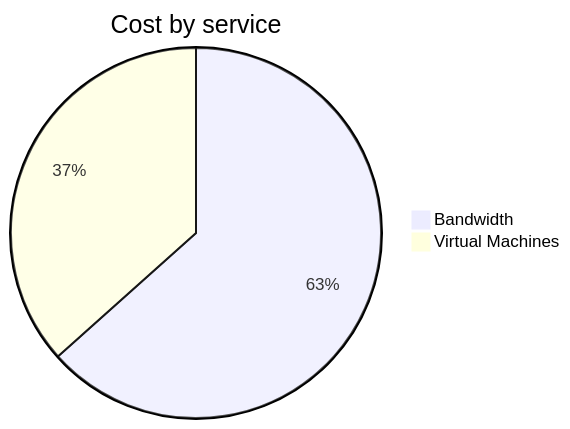
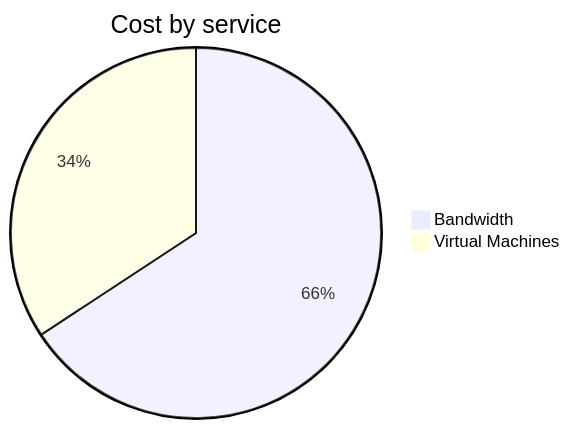
One commit to jpfulton/azure-personal-reports changed the second of 4 diagrams in cost-reports/personal-network/vpn-server.md. Above: the diagram before and after it, drawn with Mermaid. The commit also changed other lines of this file and 8 other files, not shown here.

````diff
--- a/cost-reports/personal-network/vpn-server.md
+++ b/cost-reports/personal-network/vpn-server.md
@@ -96,6 +96,6 @@
 ```mermaid
 pie
    title Cost by service
-   "Bandwidth" : 1.61
-   "Virtual Machines" : 0.93
+   "Bandwidth" : 2.15
+   "Virtual Machines" : 1.12
 ```
````
